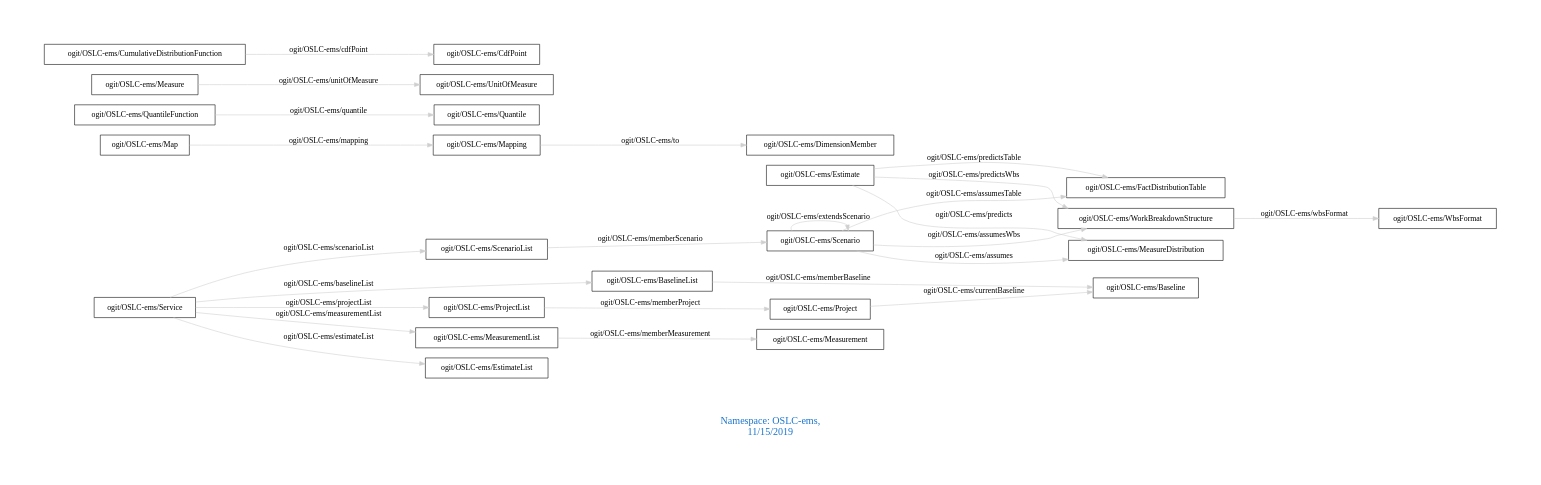
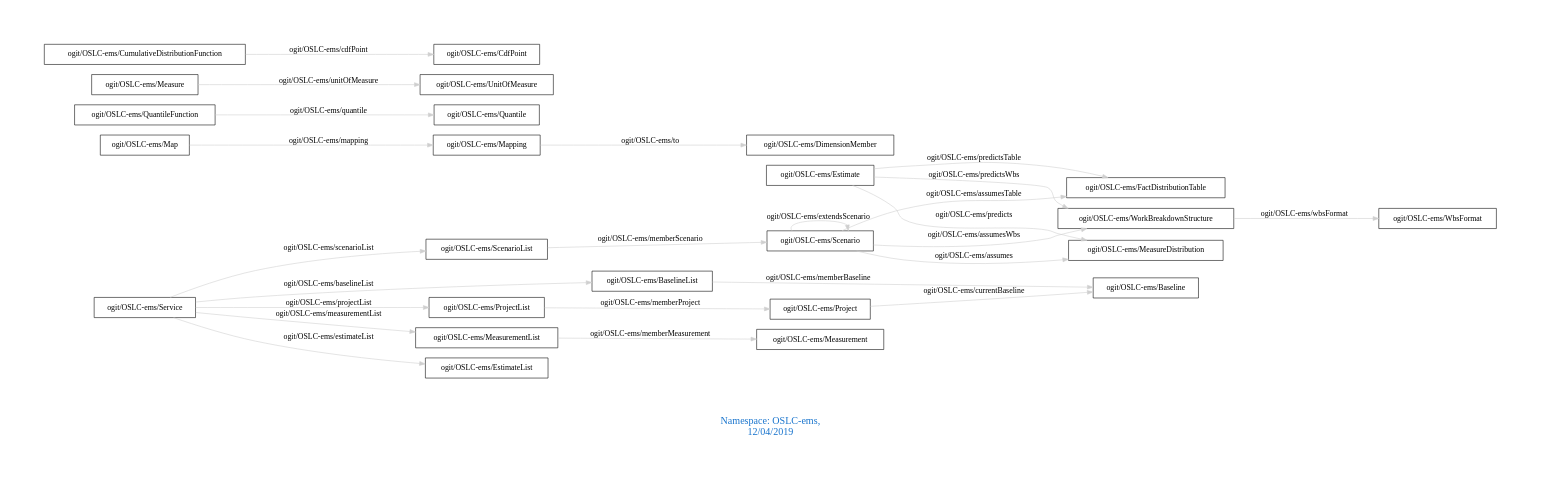
The diagram in downloads/OSLC-ems.dot (arago/OGIT), drawn with Graphviz before and after one commit. The commit also changed 1604 other files, not shown here.

```diff
--- a/downloads/OSLC-ems.dot
+++ b/downloads/OSLC-ems.dot
@@ -1,31 +1,31 @@
 digraph OGIT_ontology {
  graph [ rankdir= LR,pad=1 
 fontsize = 18,
-fontcolor= dodgerblue3,label = "\n\n\nNamespace: OSLC-ems, \n 11/15/2019"];
+fontcolor= dodgerblue3,label = "\n\n\nNamespace: OSLC-ems, \n 12/04/2019"];
 node[shape=polygon];
 edge [  color="gray81"];
 
    "ogit/OSLC-ems/Estimate" -> "ogit/OSLC-ems/MeasureDistribution" [label="   ogit/OSLC-ems/predicts    "];
    "ogit/OSLC-ems/Mapping" -> "ogit/OSLC-ems/DimensionMember" [label="   ogit/OSLC-ems/to    "];
    "ogit/OSLC-ems/Service" -> "ogit/OSLC-ems/ProjectList" [label="   ogit/OSLC-ems/projectList    "];
    "ogit/OSLC-ems/QuantileFunction" -> "ogit/OSLC-ems/Quantile" [label="   ogit/OSLC-ems/quantile    "];
    "ogit/OSLC-ems/Service" -> "ogit/OSLC-ems/ScenarioList" [label="   ogit/OSLC-ems/scenarioList    "];
    "ogit/OSLC-ems/Measure" -> "ogit/OSLC-ems/UnitOfMeasure" [label="   ogit/OSLC-ems/unitOfMeasure    "];
    "ogit/OSLC-ems/ScenarioList" -> "ogit/OSLC-ems/Scenario" [label="   ogit/OSLC-ems/memberScenario    "];
    "ogit/OSLC-ems/Estimate" -> "ogit/OSLC-ems/FactDistributionTable" [label="   ogit/OSLC-ems/predictsTable    "];
    "ogit/OSLC-ems/BaselineList" -> "ogit/OSLC-ems/Baseline" [label="   ogit/OSLC-ems/memberBaseline    "];
    "ogit/OSLC-ems/Scenario" -> "ogit/OSLC-ems/WorkBreakdownStructure" [label="   ogit/OSLC-ems/assumesWbs    "];
    "ogit/OSLC-ems/CumulativeDistributionFunction" -> "ogit/OSLC-ems/CdfPoint" [label="   ogit/OSLC-ems/cdfPoint    "];
    "ogit/OSLC-ems/Project" -> "ogit/OSLC-ems/Baseline" [label="   ogit/OSLC-ems/currentBaseline    "];
    "ogit/OSLC-ems/ProjectList" -> "ogit/OSLC-ems/Project" [label="   ogit/OSLC-ems/memberProject    "];
    "ogit/OSLC-ems/Service" -> "ogit/OSLC-ems/BaselineList" [label="   ogit/OSLC-ems/baselineList    "];
    "ogit/OSLC-ems/Estimate" -> "ogit/OSLC-ems/WorkBreakdownStructure" [label="   ogit/OSLC-ems/predictsWbs    "];
    "ogit/OSLC-ems/Map" -> "ogit/OSLC-ems/Mapping" [label="   ogit/OSLC-ems/mapping    "];
    "ogit/OSLC-ems/MeasurementList" -> "ogit/OSLC-ems/Measurement" [label="   ogit/OSLC-ems/memberMeasurement    "];
    "ogit/OSLC-ems/Service" -> "ogit/OSLC-ems/MeasurementList" [label="   ogit/OSLC-ems/measurementList    "];
    "ogit/OSLC-ems/WorkBreakdownStructure" -> "ogit/OSLC-ems/WbsFormat" [label="   ogit/OSLC-ems/wbsFormat    "];
    "ogit/OSLC-ems/Service" -> "ogit/OSLC-ems/EstimateList" [label="   ogit/OSLC-ems/estimateList    "];
    "ogit/OSLC-ems/Scenario" -> "ogit/OSLC-ems/MeasureDistribution" [label="   ogit/OSLC-ems/assumes    "];
    "ogit/OSLC-ems/Scenario" -> "ogit/OSLC-ems/FactDistributionTable" [label="   ogit/OSLC-ems/assumesTable    "];
    "ogit/OSLC-ems/Scenario" -> "ogit/OSLC-ems/Scenario" [label="   ogit/OSLC-ems/extendsScenario    "];
 }
```
